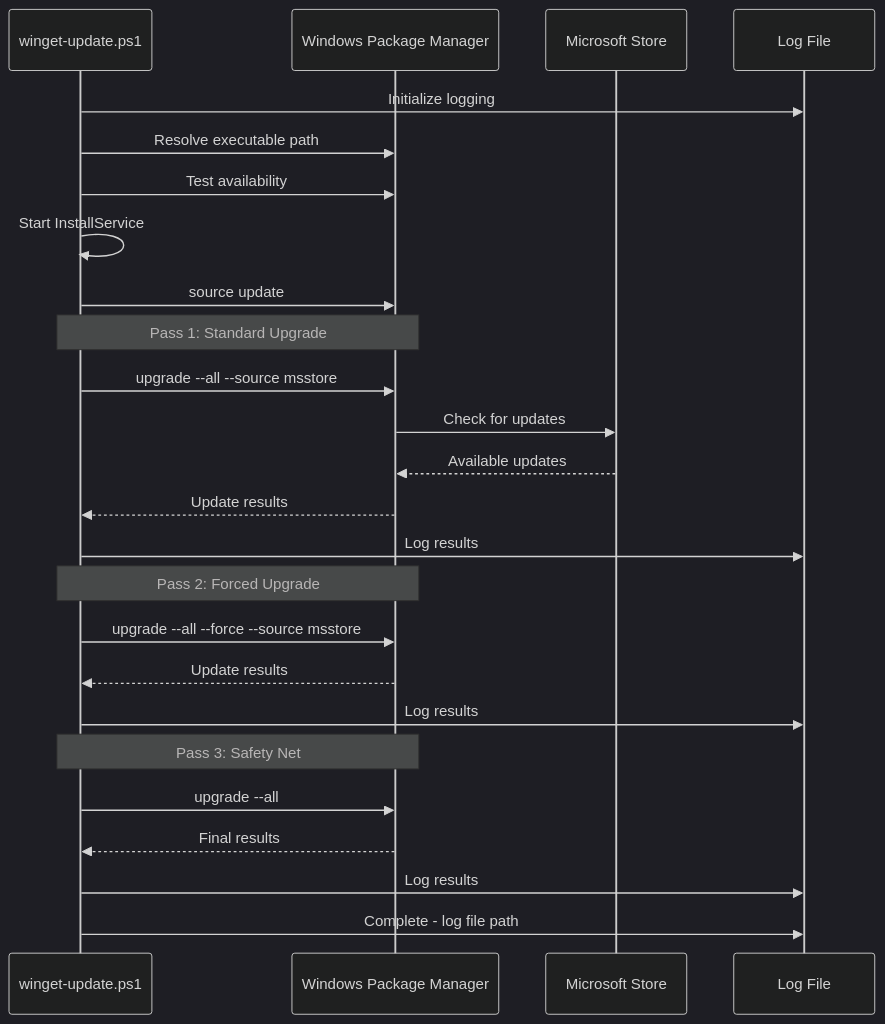
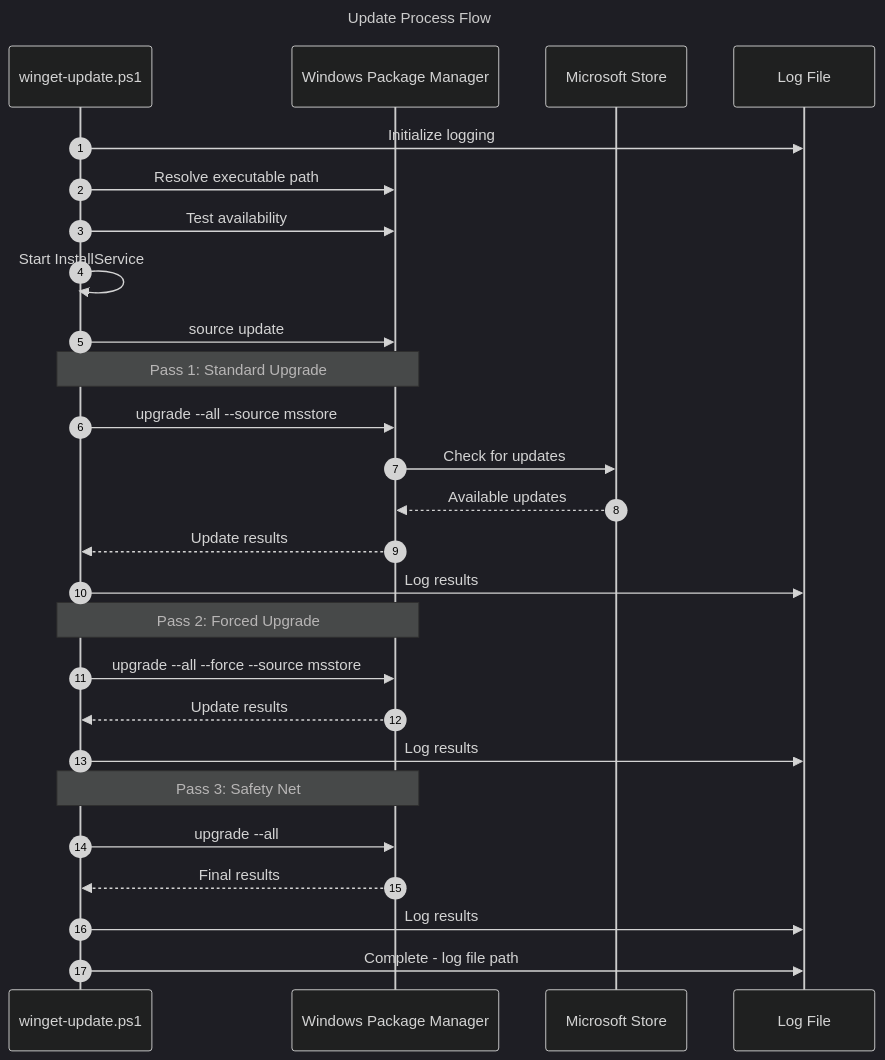
Before and after one commit to Evilazaro/DevExp-DevBox: the second of 2 diagrams in docs/scripts/configuration/winget-update.md, drawn with Mermaid (dark theme). The commit also changed other lines of this file and 1 other file, not shown here.

Commit message:
Enhance flow visualization documentation for cleanUp.ps1 and winget-update.ps1 scripts by refining class definitions and adding new styles for better clarity and navigation.

````diff
--- a/docs/scripts/configuration/winget-update.md
+++ b/docs/scripts/configuration/winget-update.md
@@ -144,33 +147,37 @@
 ```mermaid
+---
+title: Update Process Flow
+---
 sequenceDiagram
+    autonumber
     participant Script as winget-update.ps1
     participant WinGet as Windows Package Manager
     participant Store as Microsoft Store
     participant Log as Log File
     
     Script->>Log: Initialize logging
     Script->>WinGet: Resolve executable path
     Script->>WinGet: Test availability
     
     Script->>Script: Start InstallService
     Script->>WinGet: source update
     
     Note over Script,WinGet: Pass 1: Standard Upgrade
     Script->>WinGet: upgrade --all --source msstore
     WinGet->>Store: Check for updates
     Store-->>WinGet: Available updates
     WinGet-->>Script: Update results
     Script->>Log: Log results
     
     Note over Script,WinGet: Pass 2: Forced Upgrade
     Script->>WinGet: upgrade --all --force --source msstore
     WinGet-->>Script: Update results
     Script->>Log: Log results
     
     Note over Script,WinGet: Pass 3: Safety Net
     Script->>WinGet: upgrade --all
     WinGet-->>Script: Final results
     Script->>Log: Log results
     
     Script->>Log: Complete - log file path
 ```
````
